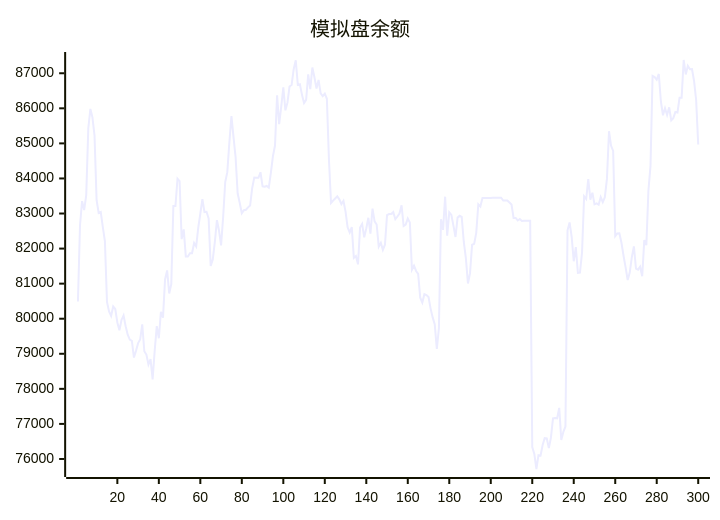
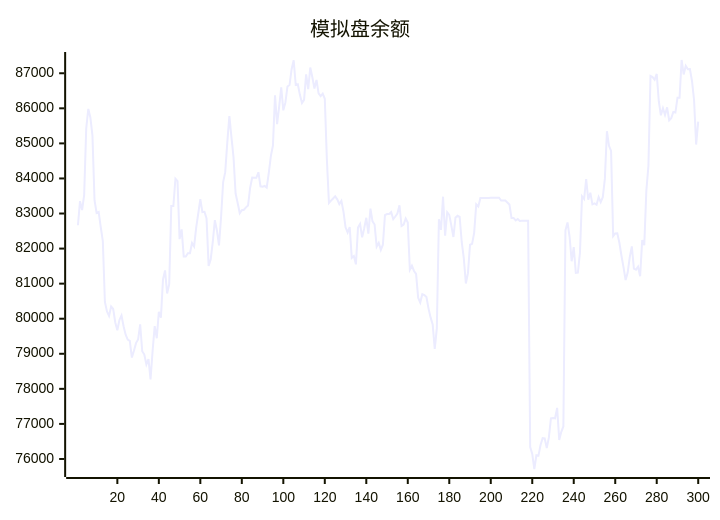
The diagram in README.md (aahl/ai-trading), drawn with Mermaid before and after one commit. The commit also changed other lines of this file and 1 other file, not shown here.

````diff
--- a/README.md
+++ b/README.md
@@ -5,5 +5,5 @@
 ```mermaid
 xychart
     title "模拟盘余额"
-    line [80491,82665,83351,83098,83525,85430,85983,85737,85221,83378,83014,83043,82613,82216,80477,80208,80081,80348,80277,79894,79670,79965,80093,79786,79542,79406,79371,78893,79087,79304,79406,79841,79072,78978,78696,78846,78272,79085,79787,79442,80198,80031,81120,81379,80718,80985,83214,83212,83993,83921,82270,82547,81776,81776,81866,81866,82158,82061,82596,83000,83408,83041,83050,82858,81503,81691,82188,82812,82517,82092,82901,83898,84180,85030,85781,85178,84604,83569,83298,83008,83093,83107,83175,83228,83729,84025,84017,84019,84177,83775,83762,83785,83738,84160,84639,84939,86370,85548,86046,86599,85942,86161,86622,86664,87115,87369,86666,86685,86384,86152,86243,86969,86548,87164,86885,86566,86809,86427,86348,86417,86273,84538,83299,83369,83430,83490,83404,83270,83362,83056,82605,82459,82614,81734,81788,81551,82598,82702,82320,82580,82878,82426,83139,82778,82686,82056,82166,81963,82110,82951,82983,82984,83038,82838,82915,82998,83235,82642,82682,82858,82746,81396,81512,81362,81277,80600,80461,80699,80673,80616,80288,80038,79836,79142,79722,82837,82533,83480,82366,83032,82960,82654,82330,82883,82934,82901,82188,81728,81005,81298,82110,82135,82449,83264,83203,83440,83439,83440,83440,83446,83447,83448,83447,83448,83449,83369,83369,83369,83313,83256,82872,82873,82801,82844,82785,82791,82791,82793,82794,76339,76145,75714,76110,76096,76397,76594,76585,76310,76607,77160,77170,77160,77456,76541,76774,76927,82520,82744,82337,81639,82040,81307,81314,81887,83490,83414,83984,83396,83594,83261,83287,83253,83470,83327,83465,83987,85348,84930,84786,82355,82433,82438,82167,81795,81466,81105,81315,81756,82064,81426,81398,81481,81210,82242,82099,83658,84359,86925,86892,86814,86980,86203,85802,86003,85811,86028,85657,85721,85896,85880,86300,86299,87378,86965,87214,87115,87118,86780,86238,84966]
+    line [82665,83351,83098,83525,85430,85983,85737,85221,83378,83014,83043,82613,82216,80477,80208,80081,80348,80277,79894,79670,79965,80093,79786,79542,79406,79371,78893,79087,79304,79406,79841,79072,78978,78696,78846,78272,79085,79787,79442,80198,80031,81120,81379,80718,80985,83214,83212,83993,83921,82270,82547,81776,81776,81866,81866,82158,82061,82596,83000,83408,83041,83050,82858,81503,81691,82188,82812,82517,82092,82901,83898,84180,85030,85781,85178,84604,83569,83298,83008,83093,83107,83175,83228,83729,84025,84017,84019,84177,83775,83762,83785,83738,84160,84639,84939,86370,85548,86046,86599,85942,86161,86622,86664,87115,87369,86666,86685,86384,86152,86243,86969,86548,87164,86885,86566,86809,86427,86348,86417,86273,84538,83299,83369,83430,83490,83404,83270,83362,83056,82605,82459,82614,81734,81788,81551,82598,82702,82320,82580,82878,82426,83139,82778,82686,82056,82166,81963,82110,82951,82983,82984,83038,82838,82915,82998,83235,82642,82682,82858,82746,81396,81512,81362,81277,80600,80461,80699,80673,80616,80288,80038,79836,79142,79722,82837,82533,83480,82366,83032,82960,82654,82330,82883,82934,82901,82188,81728,81005,81298,82110,82135,82449,83264,83203,83440,83439,83440,83440,83446,83447,83448,83447,83448,83449,83369,83369,83369,83313,83256,82872,82873,82801,82844,82785,82791,82791,82793,82794,76339,76145,75714,76110,76096,76397,76594,76585,76310,76607,77160,77170,77160,77456,76541,76774,76927,82520,82744,82337,81639,82040,81307,81314,81887,83490,83414,83984,83396,83594,83261,83287,83253,83470,83327,83465,83987,85348,84930,84786,82355,82433,82438,82167,81795,81466,81105,81315,81756,82064,81426,81398,81481,81210,82242,82099,83658,84359,86925,86892,86814,86980,86203,85802,86003,85811,86028,85657,85721,85896,85880,86300,86299,87378,86965,87214,87115,87118,86780,86238,84966,85623]
 ```
````
